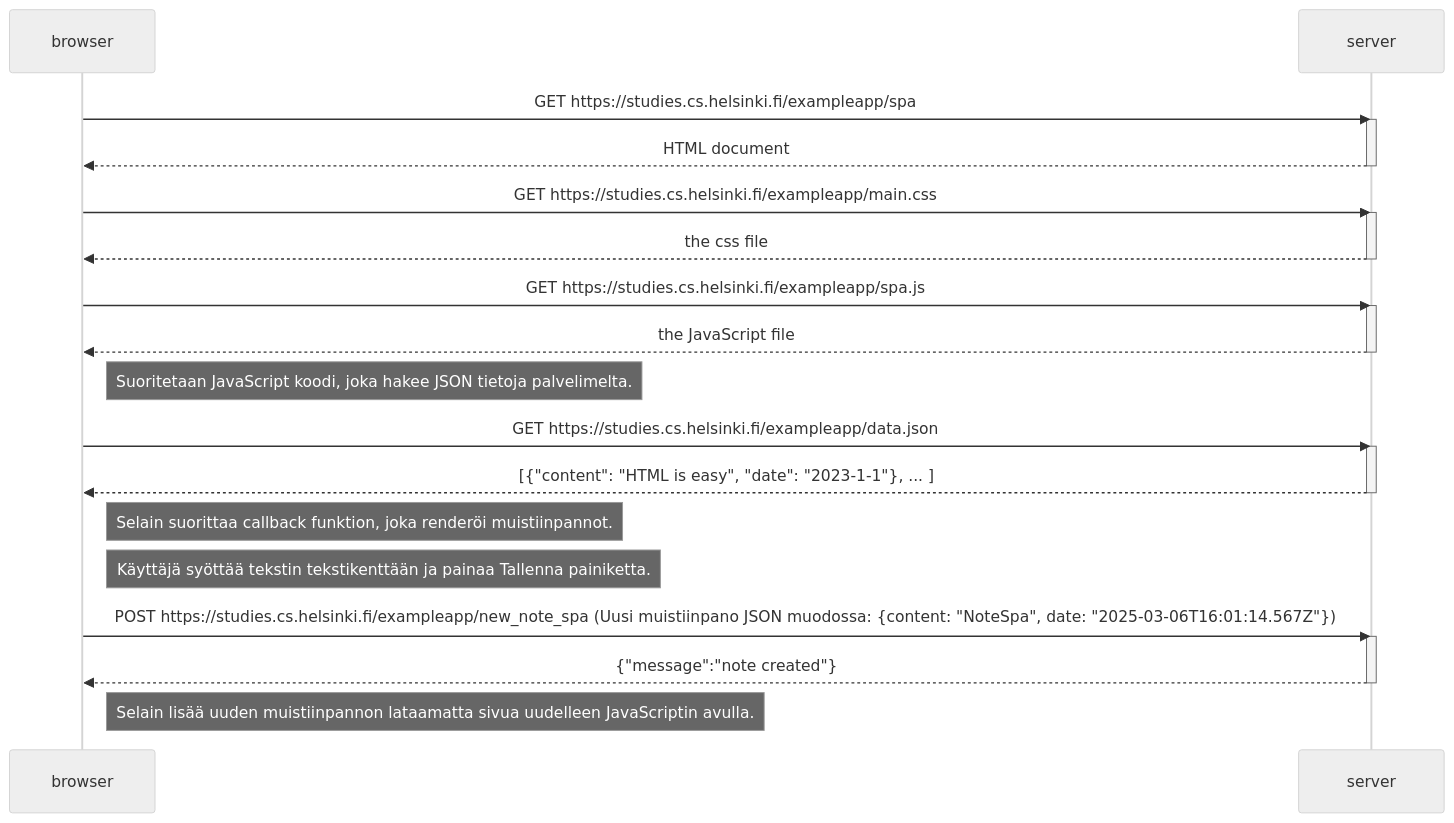
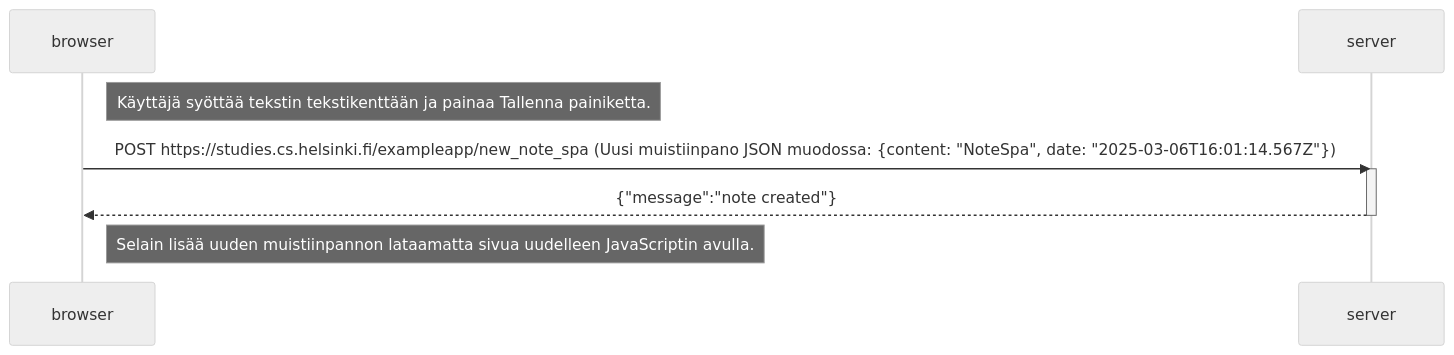
The diagram in osa0/0.6.md (iSegeD/FullStackOpenPalautukset), drawn with Mermaid (neutral theme) before and after one commit.

Commit message:
SPA uusi muistiinpano

````diff
--- a/osa0/0.6.md
+++ b/osa0/0.6.md
@@ -1,36 +1,13 @@
 ```mermaid
 sequenceDiagram
 participant browser
 participant server
-
-browser->>server: GET https://studies.cs.helsinki.fi/exampleapp/spa
-activate server
-server-->>browser: HTML document
-deactivate server
-
-browser->>server: GET https://studies.cs.helsinki.fi/exampleapp/main.css
-activate server
-server-->>browser: the css file
-deactivate server
-
-browser->>server: GET https://studies.cs.helsinki.fi/exampleapp/spa.js
-activate server
-server-->>browser: the JavaScript file
-deactivate server
-
-Note right of browser: Suoritetaan JavaScript koodi, joka hakee JSON tietoja palvelimelta.
-browser->>server: GET https://studies.cs.helsinki.fi/exampleapp/data.json
-activate server
-server-->>browser: [{"content": "HTML is easy", "date": "2023-1-1"}, ... ]
-deactivate server
-
-Note right of browser: Selain suorittaa callback funktion, joka renderöi muistiinpannot.
 
 Note right of browser: Käyttäjä syöttää tekstin tekstikenttään ja painaa Tallenna painiketta.
 browser->>server: POST https://studies.cs.helsinki.fi/exampleapp/new_note_spa (Uusi muistiinpano JSON muodossa: {content: "NoteSpa", date: "2025-03-06T16:01:14.567Z"})
 activate server
 server-->>browser: {"message":"note created"}
 deactivate server
 
 Note right of browser: Selain lisää uuden muistiinpannon lataamatta sivua uudelleen JavaScriptin avulla.
 ```
````
